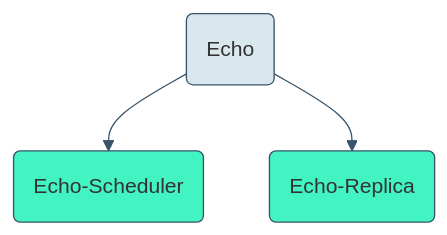
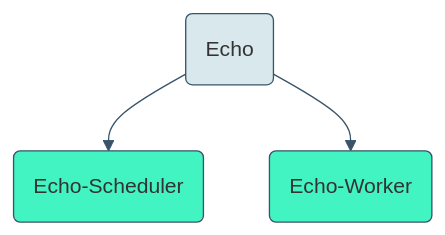
Before and after one commit to spinnaker/spinnaker.github.io: the second of 3 diagrams in reference/halyard/high-availability.md, drawn with Mermaid. The commit also changed other lines of this file, not shown here.

Commit message:
fix(ha): Rename echo-replica to echo-worker.

```diff
--- a/reference/halyard/high-availability.md
+++ b/reference/halyard/high-availability.md
@@ -82,12 +82,12 @@
  <div class="mermaid">
  graph TB
 
  echo(Echo) --> echo-scheduler(Echo-Scheduler);
- echo(Echo) --> echo-replica(Echo-Replica);
+ echo(Echo) --> echo-worker(Echo-Worker);
 
  classDef default fill:#d8e8ec,stroke:#39546a;
  linkStyle default stroke:#39546a,stroke-width:1px,fill:none;
 
  classDef split fill:#42f4c2,stroke:#39546a;
- class clouddriver-caching,clouddriver-ro,clouddriver-rw,echo-scheduler,echo-replica split
+ class clouddriver-caching,clouddriver-ro,clouddriver-rw,echo-scheduler,echo-worker split
  </div>
```
